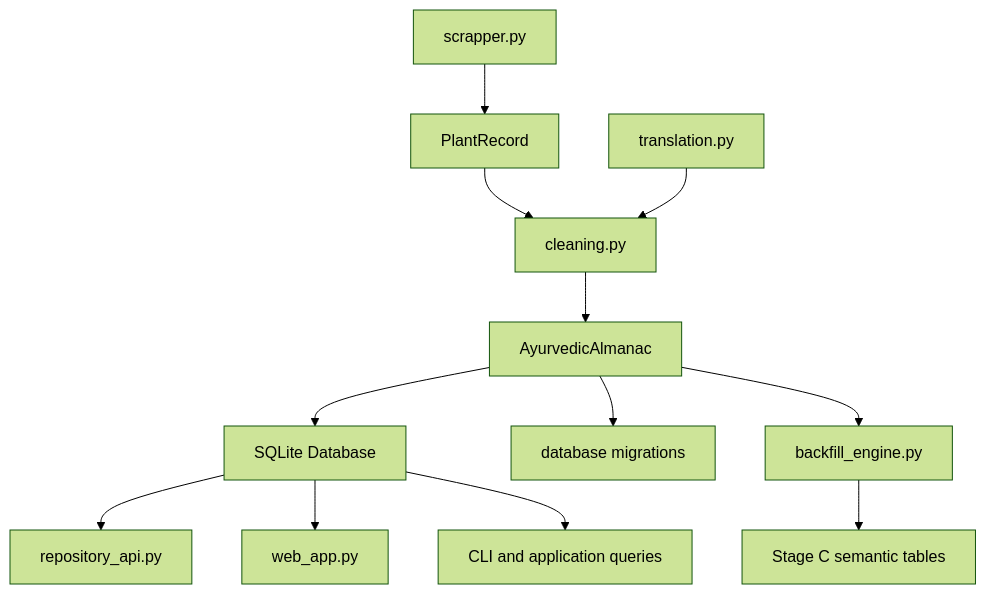
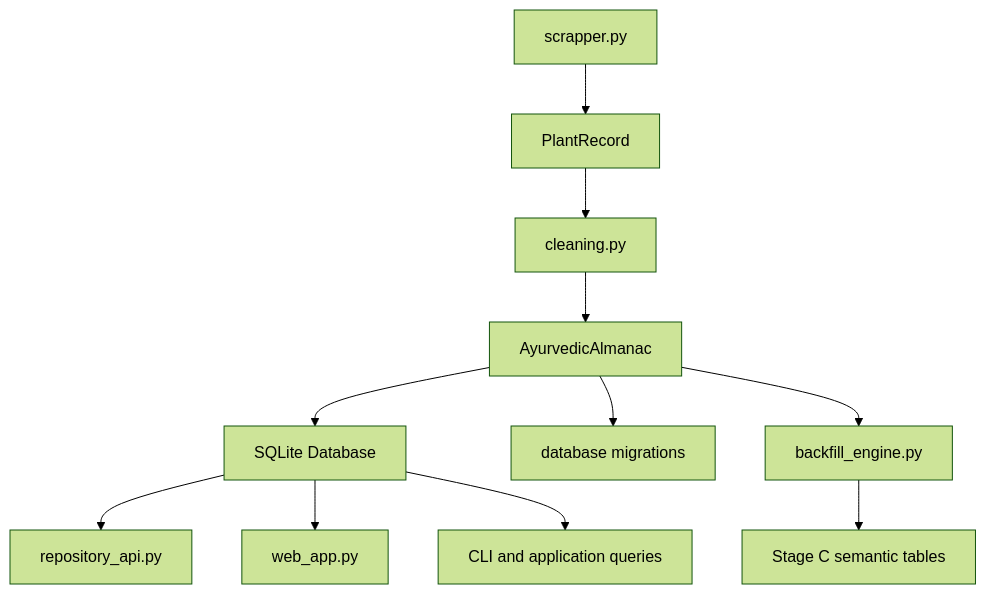
One commit to SemwalAkhil/NITT-PSP-Project changed the diagram in documentations/database_operator.md. Above: the diagram before and after it, drawn with Mermaid (forest theme). The commit also changed other lines of this file and 12 other files, not shown here.

````diff
--- a/documentations/database_operator.md
+++ b/documentations/database_operator.md
@@ -30,14 +30,13 @@
 ```mermaid
 flowchart TD
     A["scrapper.py"] --> B["PlantRecord"]
     B --> C["cleaning.py"]
     C --> D["AyurvedicAlmanac"]
-    E["translation.py"] --> C
     D --> F["SQLite Database"]
     D --> G["database migrations"]
     D --> H["backfill_engine.py"]
     H --> I["Stage C semantic tables"]
     F --> J["repository_api.py"]
     F --> K["web_app.py"]
     F --> L["CLI and application queries"]
 ```
````
